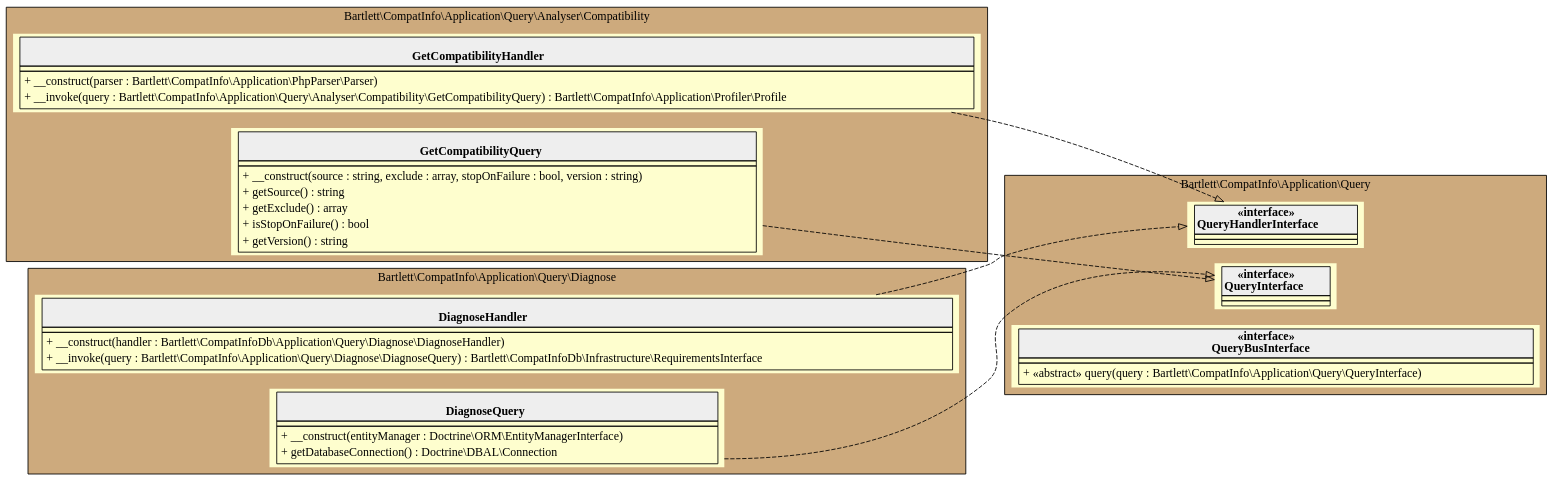
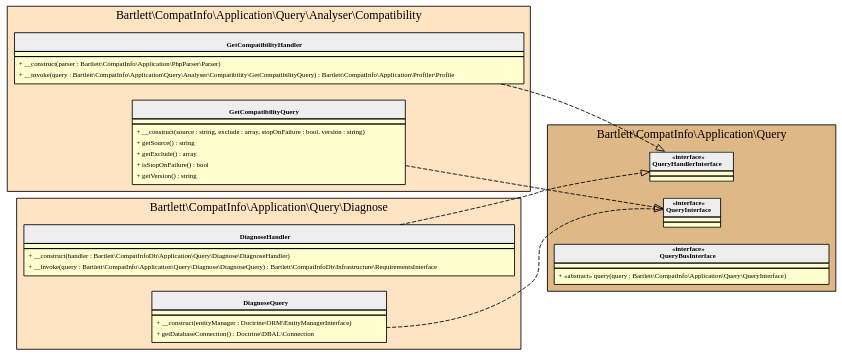
Before and after one commit to llaville/php-compatinfo: the diagram in 7.0/assets/images/application-query.html.gv, drawn with Graphviz. The commit also changed 66 other files, not shown here.

```diff
--- a/7.0/assets/images/application-query.html.gv
+++ b/7.0/assets/images/application-query.html.gv
@@ -1,79 +1,80 @@
 digraph {
-  graph [rankdir="LR" bgcolor="transparent"]
-  node [fillcolor="#FEFECE" style="filled"]
+  graph [name="G" overlap="false" rankdir="LR" bgcolor="transparent"]
+  node [fontname="Verdana" fontsize=8 shape="none" margin=0 fillcolor="#FEFECE" style="filled"]
+  edge [fontname="Verdana" fontsize=8]
   subgraph cluster_0 {
-    graph [bgcolor="burlywood3"]
+    graph [bgcolor="Bisque"]
     label = "Bartlett\\CompatInfo\\Application\\Query\\Analyser\\Compatibility"
     "Bartlett\\CompatInfo\\Application\\Query\\Analyser\\Compatibility\\GetCompatibilityHandler" [shape="none" label=<
 <table cellspacing="0" border="0" cellborder="1">
     <tr><td bgcolor="#eeeeee"><b><br/>GetCompatibilityHandler</b></td></tr>
     <tr><td></td></tr>
     <tr><td><table border="0" cellspacing="0" cellpadding="2">
     <tr><td align="left">+ __construct(parser : Bartlett\\CompatInfo\\Application\\PhpParser\\Parser)</td></tr>
     <tr><td align="left">+ __invoke(query : Bartlett\\CompatInfo\\Application\\Query\\Analyser\\Compatibility\\GetCompatibilityQuery) : Bartlett\\CompatInfo\\Application\\Profiler\\Profile</td></tr>
 </table></td></tr>
 </table>>]
     "Bartlett\\CompatInfo\\Application\\Query\\Analyser\\Compatibility\\GetCompatibilityQuery" [shape="none" label=<
 <table cellspacing="0" border="0" cellborder="1">
     <tr><td bgcolor="#eeeeee"><b><br/>GetCompatibilityQuery</b></td></tr>
     <tr><td></td></tr>
     <tr><td><table border="0" cellspacing="0" cellpadding="2">
     <tr><td align="left">+ __construct(source : string, exclude : array, stopOnFailure : bool, version : string)</td></tr>
     <tr><td align="left">+ getSource() : string</td></tr>
     <tr><td align="left">+ getExclude() : array</td></tr>
     <tr><td align="left">+ isStopOnFailure() : bool</td></tr>
     <tr><td align="left">+ getVersion() : string</td></tr>
 </table></td></tr>
 </table>>]
   }
   subgraph cluster_1 {
-    graph [bgcolor="burlywood3"]
+    graph [bgcolor="BurlyWood"]
     label = "Bartlett\\CompatInfo\\Application\\Query"
     "Bartlett\\CompatInfo\\Application\\Query\\QueryHandlerInterface" [shape="none" label=<
 <table cellspacing="0" border="0" cellborder="1">
     <tr><td bgcolor="#eeeeee"><b>«interface»<br/>QueryHandlerInterface</b></td></tr>
     <tr><td></td></tr>
     <tr><td></td></tr>
 </table>>]
     "Bartlett\\CompatInfo\\Application\\Query\\QueryInterface" [shape="none" label=<
 <table cellspacing="0" border="0" cellborder="1">
     <tr><td bgcolor="#eeeeee"><b>«interface»<br/>QueryInterface</b></td></tr>
     <tr><td></td></tr>
     <tr><td></td></tr>
 </table>>]
     "Bartlett\\CompatInfo\\Application\\Query\\QueryBusInterface" [shape="none" label=<
 <table cellspacing="0" border="0" cellborder="1">
     <tr><td bgcolor="#eeeeee"><b>«interface»<br/>QueryBusInterface</b></td></tr>
     <tr><td></td></tr>
     <tr><td><table border="0" cellspacing="0" cellpadding="2">
     <tr><td align="left">+ «abstract» query(query : Bartlett\\CompatInfo\\Application\\Query\\QueryInterface)</td></tr>
 </table></td></tr>
 </table>>]
   }
   subgraph cluster_2 {
-    graph [bgcolor="burlywood3"]
+    graph [bgcolor="Bisque"]
     label = "Bartlett\\CompatInfo\\Application\\Query\\Diagnose"
     "Bartlett\\CompatInfo\\Application\\Query\\Diagnose\\DiagnoseHandler" [shape="none" label=<
 <table cellspacing="0" border="0" cellborder="1">
     <tr><td bgcolor="#eeeeee"><b><br/>DiagnoseHandler</b></td></tr>
     <tr><td></td></tr>
     <tr><td><table border="0" cellspacing="0" cellpadding="2">
     <tr><td align="left">+ __construct(handler : Bartlett\\CompatInfoDb\\Application\\Query\\Diagnose\\DiagnoseHandler)</td></tr>
     <tr><td align="left">+ __invoke(query : Bartlett\\CompatInfo\\Application\\Query\\Diagnose\\DiagnoseQuery) : Bartlett\\CompatInfoDb\\Infrastructure\\RequirementsInterface</td></tr>
 </table></td></tr>
 </table>>]
     "Bartlett\\CompatInfo\\Application\\Query\\Diagnose\\DiagnoseQuery" [shape="none" label=<
 <table cellspacing="0" border="0" cellborder="1">
     <tr><td bgcolor="#eeeeee"><b><br/>DiagnoseQuery</b></td></tr>
     <tr><td></td></tr>
     <tr><td><table border="0" cellspacing="0" cellpadding="2">
     <tr><td align="left">+ __construct(entityManager : Doctrine\\ORM\\EntityManagerInterface)</td></tr>
     <tr><td align="left">+ getDatabaseConnection() : Doctrine\\DBAL\\Connection</td></tr>
 </table></td></tr>
 </table>>]
   }
   "Bartlett\\CompatInfo\\Application\\Query\\Analyser\\Compatibility\\GetCompatibilityHandler" -> "Bartlett\\CompatInfo\\Application\\Query\\QueryHandlerInterface" [arrowhead="empty" style="dashed"]
   "Bartlett\\CompatInfo\\Application\\Query\\Analyser\\Compatibility\\GetCompatibilityQuery" -> "Bartlett\\CompatInfo\\Application\\Query\\QueryInterface" [arrowhead="empty" style="dashed"]
   "Bartlett\\CompatInfo\\Application\\Query\\Diagnose\\DiagnoseHandler" -> "Bartlett\\CompatInfo\\Application\\Query\\QueryHandlerInterface" [arrowhead="empty" style="dashed"]
   "Bartlett\\CompatInfo\\Application\\Query\\Diagnose\\DiagnoseQuery" -> "Bartlett\\CompatInfo\\Application\\Query\\QueryInterface" [arrowhead="empty" style="dashed"]
 }
```
